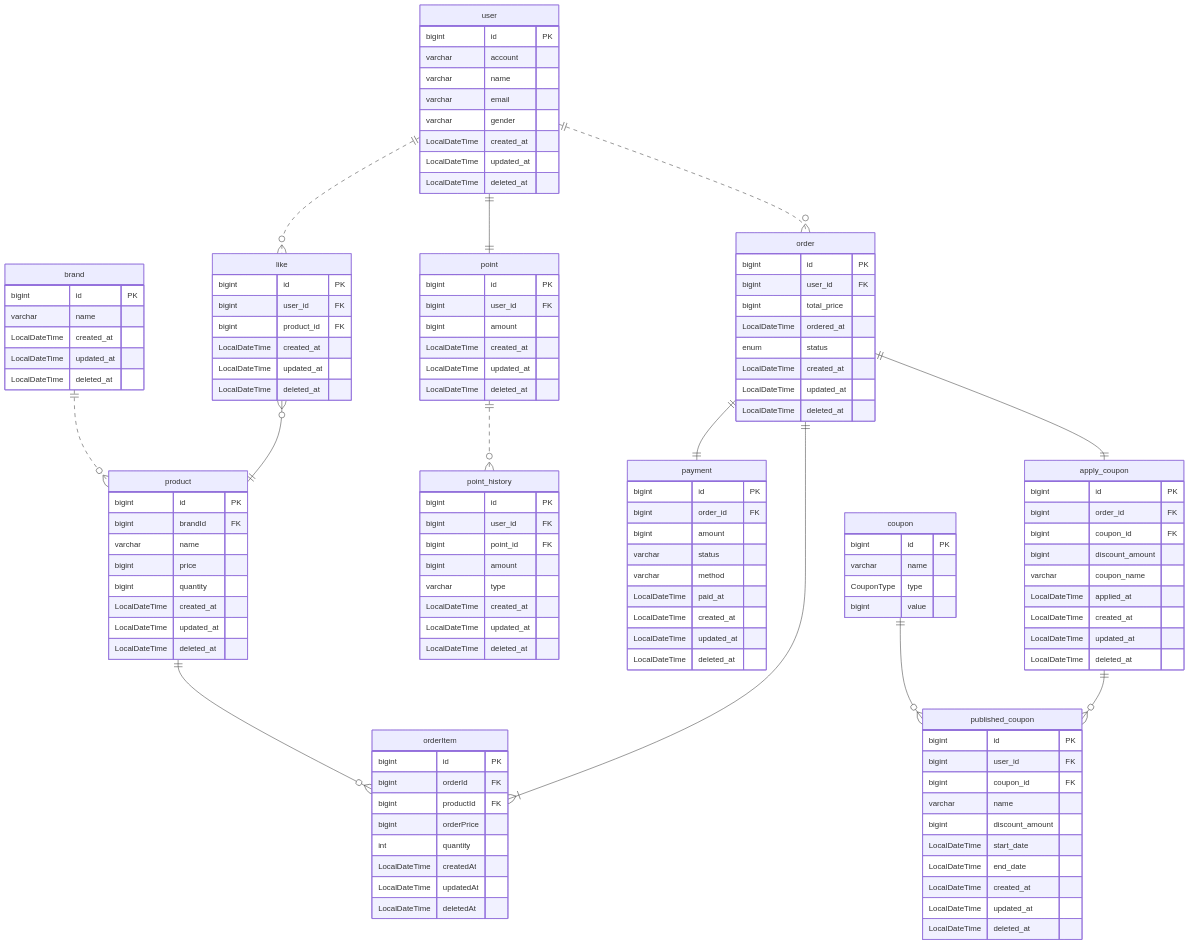
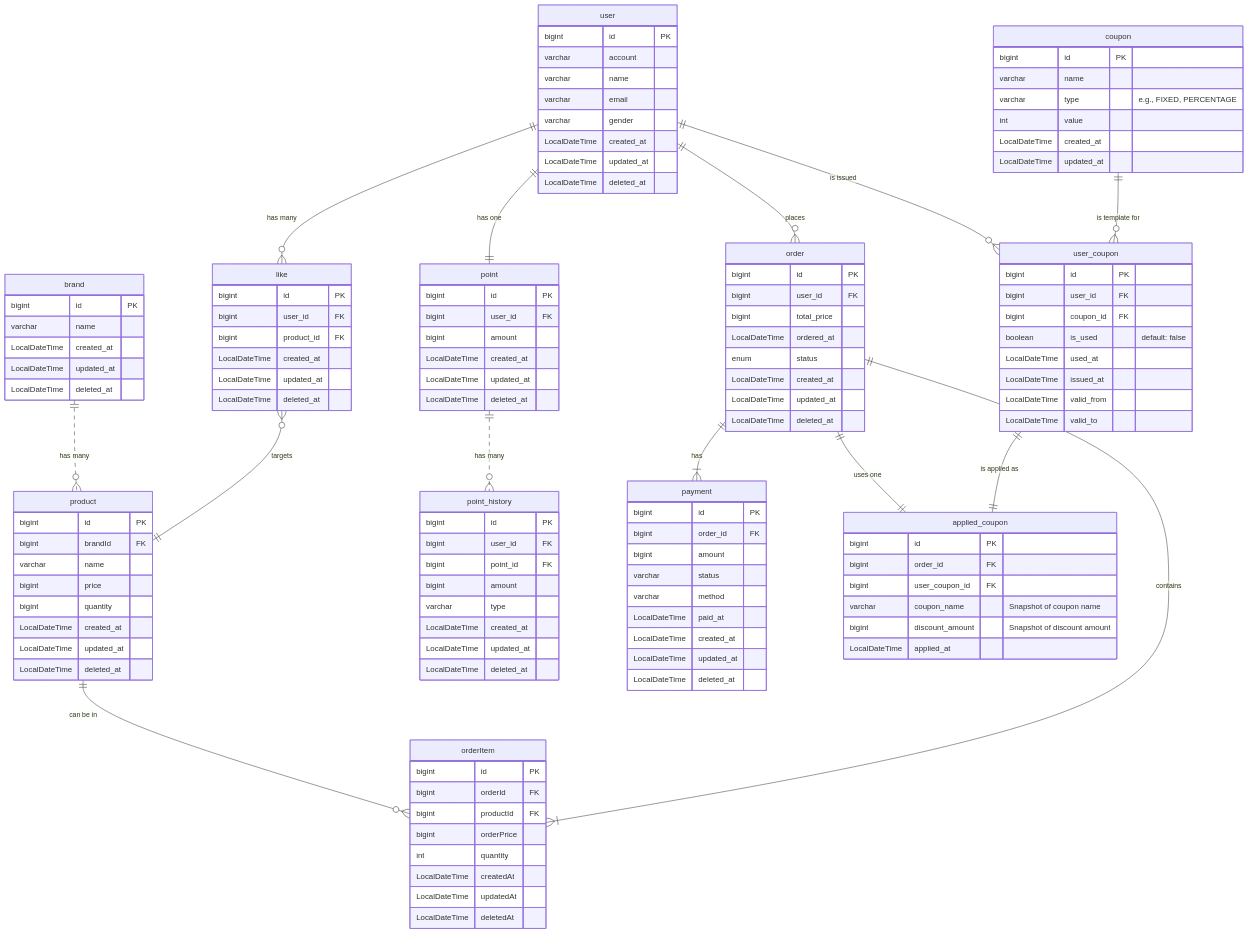
One commit to moonjin-kim/door-commerce changed the diagram in docs/design/04-erd.md. Above: the diagram before and after it, drawn with Mermaid. The commit also changed 1 other file, not shown here.

Commit message:
doc: 설계서에 쿠폰 추가

````diff
--- a/docs/design/04-erd.md
+++ b/docs/design/04-erd.md
@@ -82,51 +82,46 @@
         int quantity
         LocalDateTime createdAt
         LocalDateTime updatedAt
-        LocalDateTime deletedAt 
-    }
-    apply_coupon {
-        bigint id PK
-        bigint order_id FK
-        bigint coupon_id FK
-        bigint discount_amount
-        varchar coupon_name
-        LocalDateTime applied_at
-        LocalDateTime created_at
-        LocalDateTime updated_at
-        LocalDateTime deleted_at
-    }
-    published_coupon {
-        bigint id PK
-        bigint user_id FK
-        bigint coupon_id FK
-        varchar name
-        bigint discount_amount
-        LocalDateTime start_date
-        LocalDateTime end_date
-        LocalDateTime created_at
-        LocalDateTime updated_at
-        LocalDateTime deleted_at
+        LocalDateTime deletedAt
     }
     coupon {
         bigint id PK
         varchar name
-        CouponType type
-        bigint value
+        varchar type "e.g., FIXED, PERCENTAGE"
+        int value
+        LocalDateTime created_at
+        LocalDateTime updated_at
+    }
+    user_coupon {
+        bigint id PK
+        bigint user_id FK
+        bigint coupon_id FK
+        boolean is_used "default: false"
+        LocalDateTime used_at
+        LocalDateTime issued_at
+        LocalDateTime valid_from
+        LocalDateTime valid_to
+    }
+    applied_coupon {
+        bigint id PK
+        bigint order_id FK
+        bigint user_coupon_id FK
+        varchar coupon_name "Snapshot of coupon name"
+        bigint discount_amount "Snapshot of discount amount"
+        LocalDateTime applied_at
     }
 
-    user ||..o{ like : ""
-    user ||..o{ order : ""
-    user ||--|| point : ""
-    point ||..o{ point_history : ""
-    brand ||..o{ product : ""
-    product ||--o{ orderItem : ""
-    like }o--|| product : ""
-    order ||--|{ orderItem : ""
-    order ||--|| payment : ""
-    order ||--|| apply_coupon : ""
-    coupon ||--o{ published_coupon : ""
-    apply_coupon ||--o{ published_coupon : ""
-    
-    
-    
+    user ||--o{ like : "has many"
+    user ||--o{ order : "places"
+    user ||--o{ user_coupon : "is issued"
+    user ||--|| point : "has one"
+    point ||..o{ point_history : "has many"
+    brand ||..o{ product : "has many"
+    product ||--o{ orderItem : "can be in"
+    like }o--|| product : "targets"
+    order ||--|{ orderItem : "contains"
+    order ||--|{ payment : "has"
+    order ||--|| applied_coupon : "uses one"
+    coupon ||--o{ user_coupon : "is template for"
+    user_coupon ||--|| applied_coupon : "is applied as"
 ```
````
